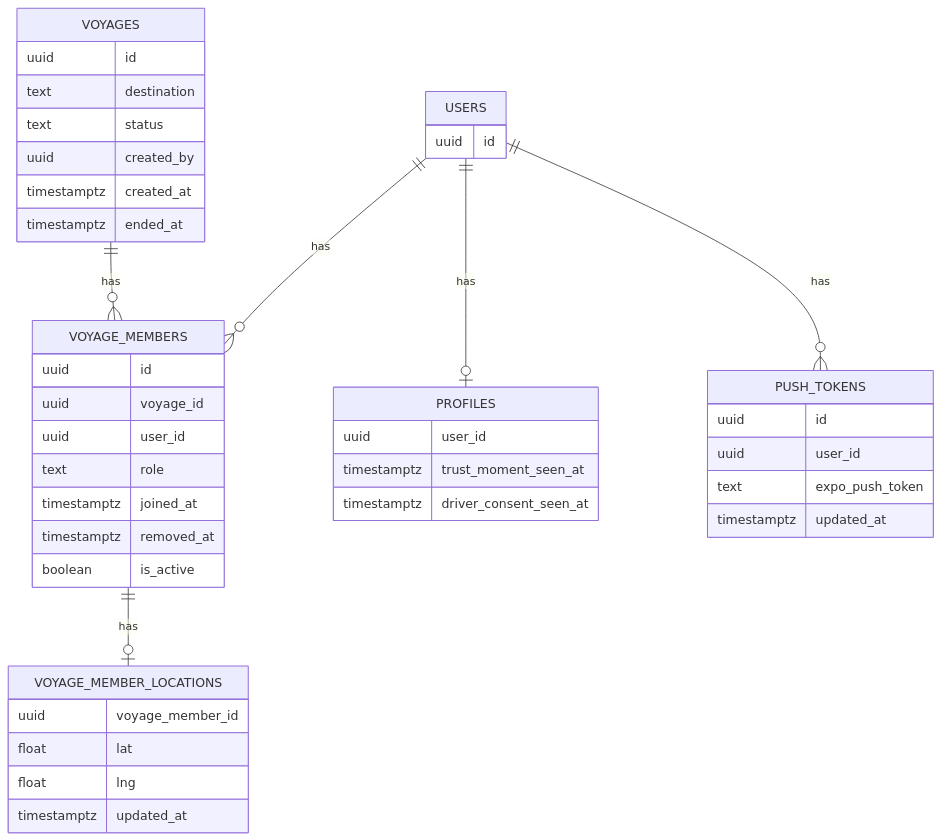
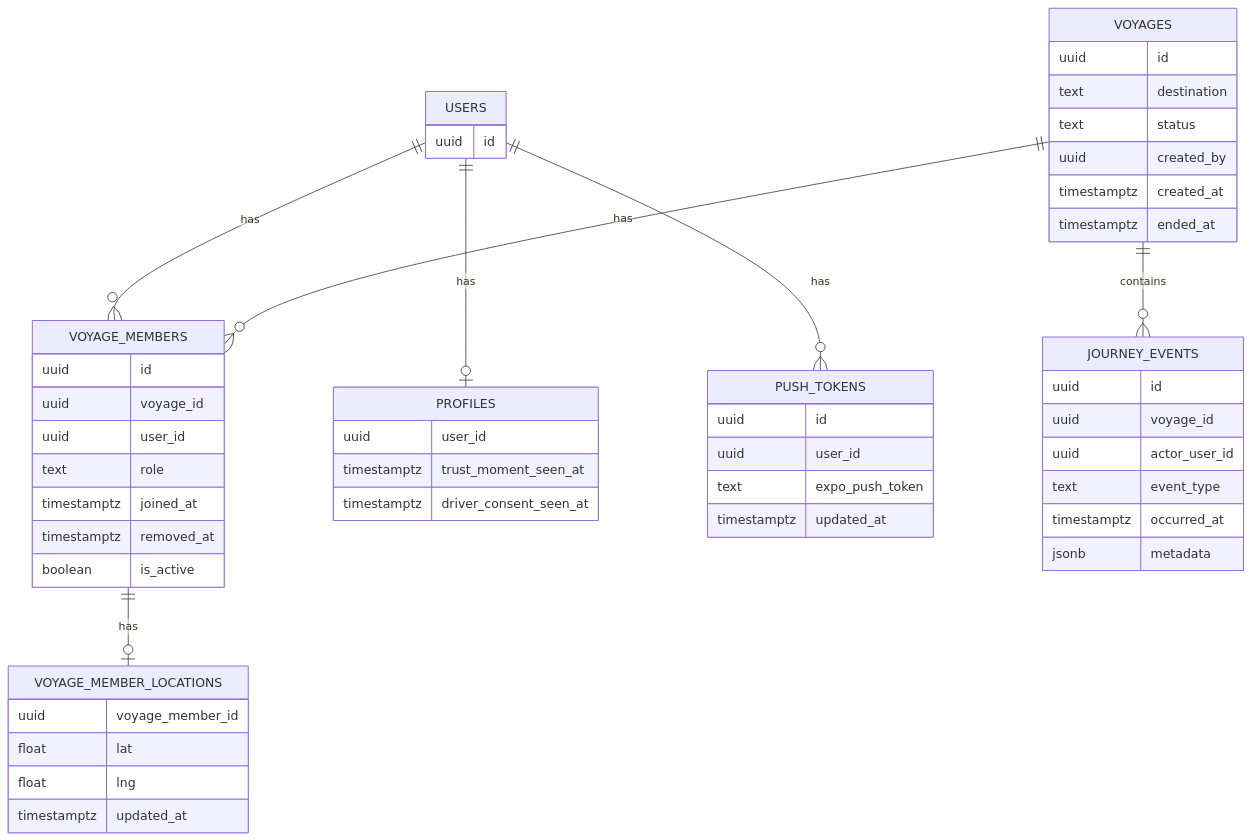
Before and after one commit to citc44/trips: the third of 3 diagrams in _bmad-output/planning-artifacts/architecture/architecture-trips-2026-07-25/ARCHITECTURE-SPINE.md, drawn with Mermaid. The commit also changed other lines of this file and 22 other files, not shown here.

Commit message:
Build hybrid live journey architecture

````diff
--- a/_bmad-output/planning-artifacts/architecture/architecture-trips-2026-07-25/ARCHITECTURE-SPINE.md
+++ b/_bmad-output/planning-artifacts/architecture/architecture-trips-2026-07-25/ARCHITECTURE-SPINE.md
@@ -160,46 +180,55 @@
 ```mermaid
 erDiagram
   USERS ||--o{ VOYAGE_MEMBERS : has
   USERS ||--o| PROFILES : has
   USERS ||--o{ PUSH_TOKENS : has
   VOYAGES ||--o{ VOYAGE_MEMBERS : has
   VOYAGE_MEMBERS ||--o| VOYAGE_MEMBER_LOCATIONS : has
+  VOYAGES ||--o{ JOURNEY_EVENTS : contains
 
   USERS {
     uuid id
   }
   PROFILES {
     uuid user_id
     timestamptz trust_moment_seen_at
     timestamptz driver_consent_seen_at
   }
   PUSH_TOKENS {
     uuid id
     uuid user_id
     text expo_push_token
     timestamptz updated_at
   }
   VOYAGES {
     uuid id
     text destination
     text status
     uuid created_by
     timestamptz created_at
     timestamptz ended_at
   }
   VOYAGE_MEMBERS {
     uuid id
     uuid voyage_id
     uuid user_id
     text role
     timestamptz joined_at
     timestamptz removed_at
     boolean is_active
   }
   VOYAGE_MEMBER_LOCATIONS {
     uuid voyage_member_id
     float lat
     float lng
     timestamptz updated_at
   }
+  JOURNEY_EVENTS {
+    uuid id
+    uuid voyage_id
+    uuid actor_user_id
+    text event_type
+    timestamptz occurred_at
+    jsonb metadata
+  }
 ```
````
